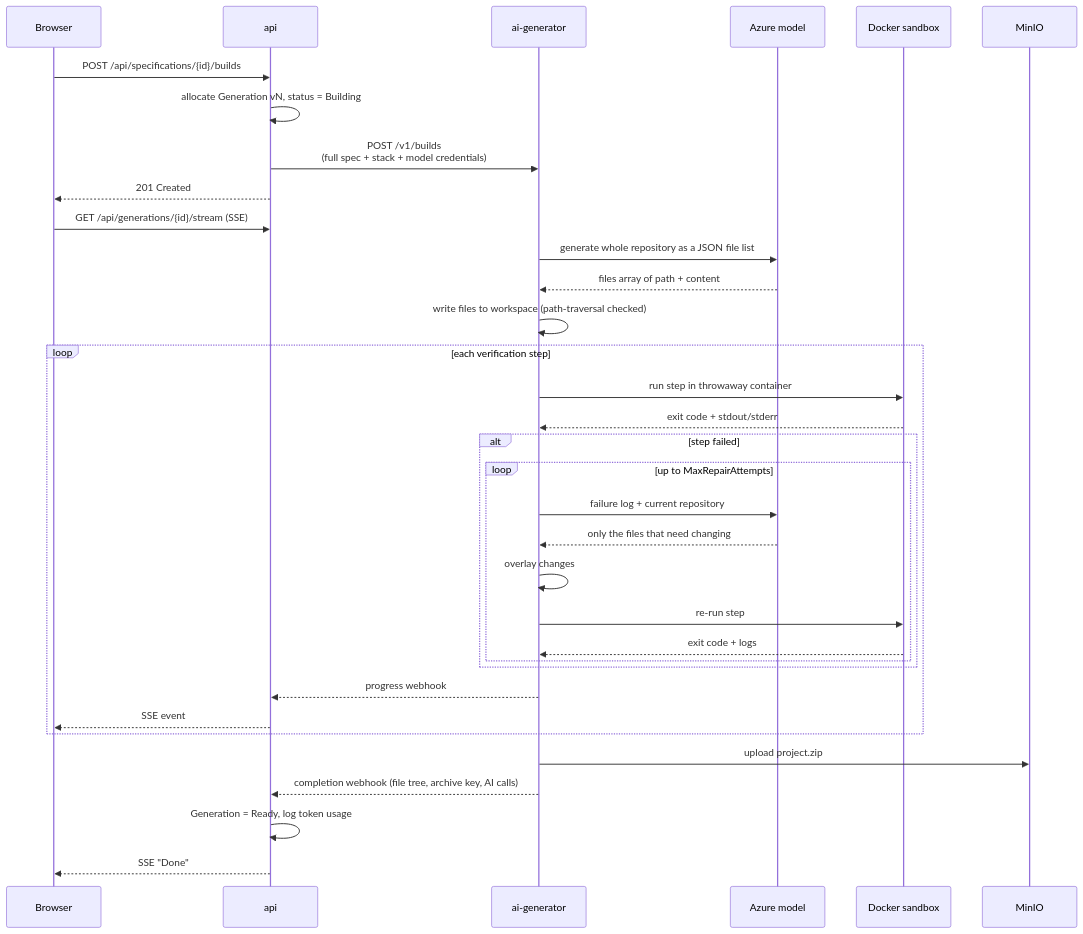
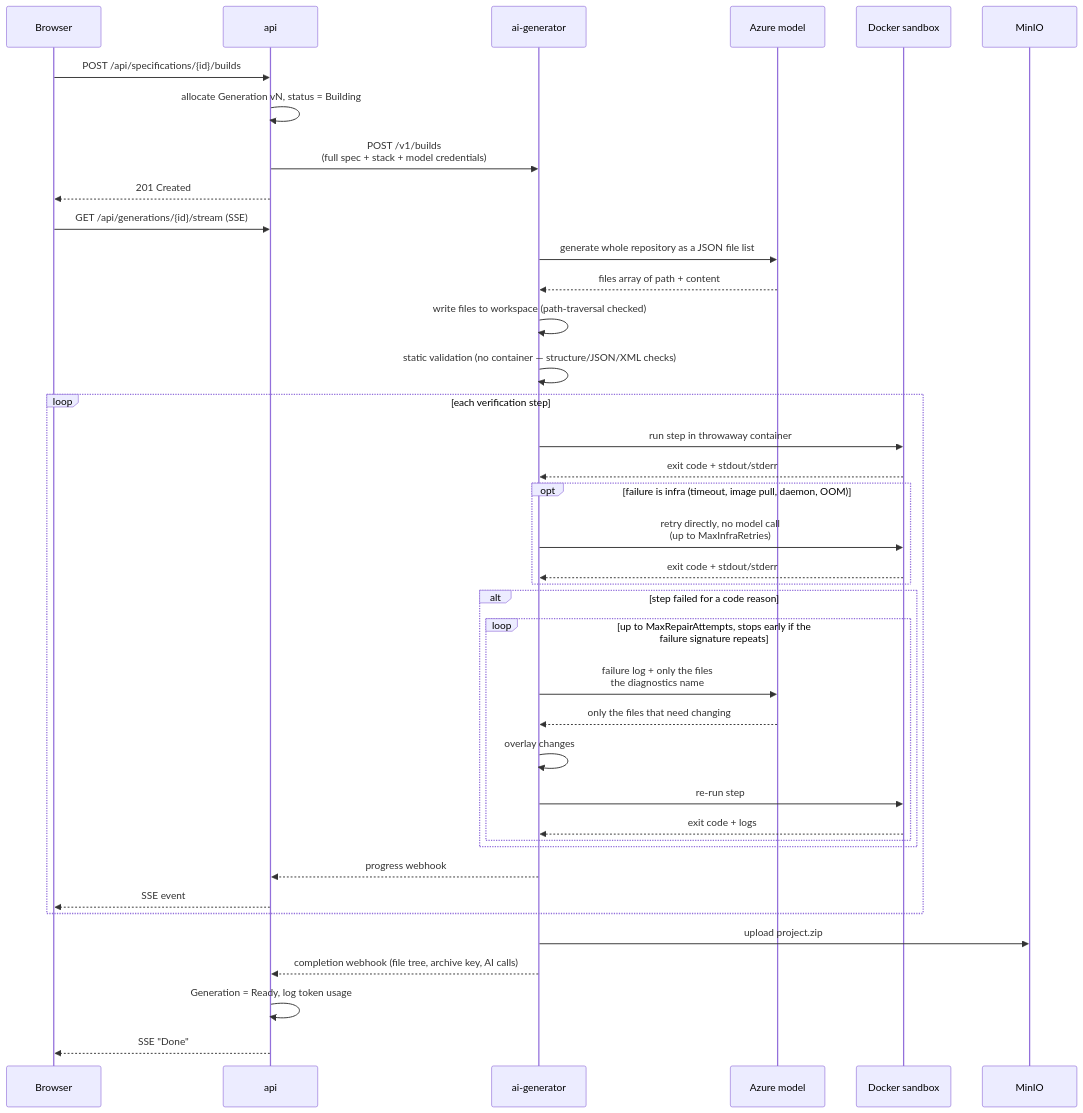
One commit to Viorelll/vi-ai-studio changed the second of 5 diagrams in README.md. Above: the diagram before and after it, drawn with Mermaid. The commit also changed other lines of this file and 10 other files, not shown here.

````diff
--- a/README.md
+++ b/README.md
@@ -86,40 +86,45 @@
 ```mermaid
 sequenceDiagram
     participant U as Browser
     participant A as api
     participant G as ai-generator
     participant M as Azure model
     participant D as Docker sandbox
     participant S as MinIO
 
     U->>A: POST /api/specifications/{id}/builds
     A->>A: allocate Generation vN, status = Building
     A->>G: POST /v1/builds<br/>(full spec + stack + model credentials)
     A-->>U: 201 Created
     U->>A: GET /api/generations/{id}/stream (SSE)
 
     G->>M: generate whole repository as a JSON file list
     M-->>G: files array of path + content
     G->>G: write files to workspace (path-traversal checked)
+    G->>G: static validation (no container — structure/JSON/XML checks)
 
     loop each verification step
         G->>D: run step in throwaway container
         D-->>G: exit code + stdout/stderr
-        alt step failed
-            loop up to MaxRepairAttempts
-                G->>M: failure log + current repository
+        opt failure is infra (timeout, image pull, daemon, OOM)
+            G->>D: retry directly, no model call<br/>(up to MaxInfraRetries)
+            D-->>G: exit code + stdout/stderr
+        end
+        alt step failed for a code reason
+            loop up to MaxRepairAttempts, stops early if the<br/>failure signature repeats
+                G->>M: failure log + only the files<br/>the diagnostics name
                 M-->>G: only the files that need changing
                 G->>G: overlay changes
                 G->>D: re-run step
                 D-->>G: exit code + logs
             end
         end
         G-->>A: progress webhook
         A-->>U: SSE event
     end
 
     G->>S: upload project.zip
     G-->>A: completion webhook (file tree, archive key, AI calls)
     A->>A: Generation = Ready, log token usage
     A-->>U: SSE "Done"
 ```
````
